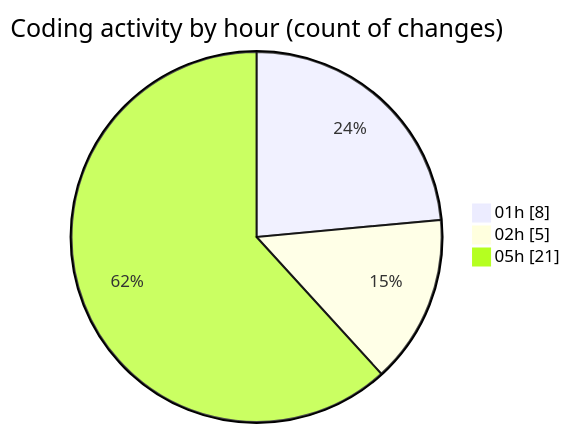
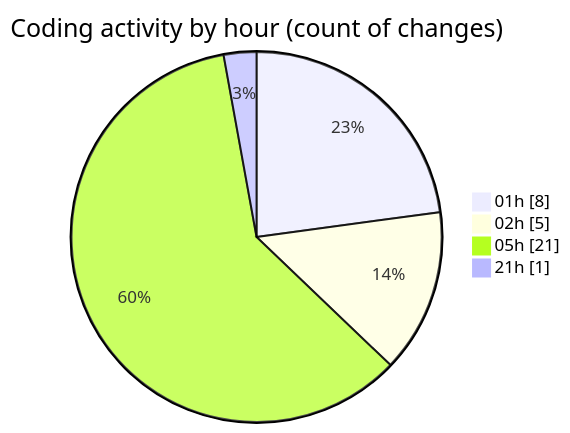
Before and after one commit to julien-gomy/code-tracking: the second of 2 diagrams in 2025-11-21/eventscop-api-guide__workspace_/README.md, drawn with Mermaid. The commit also changed other lines of this file and 1 other file, not shown here.

````diff
--- a/2025-11-21/eventscop-api-guide__workspace_/README.md
+++ b/2025-11-21/eventscop-api-guide__workspace_/README.md
@@ -39,7 +41,8 @@
 ```mermaid
 pie showData
 title Coding activity by hour (count of changes)
 "01h" : 8
 "02h" : 5
 "05h" : 21
+"21h" : 1
 ```
````
